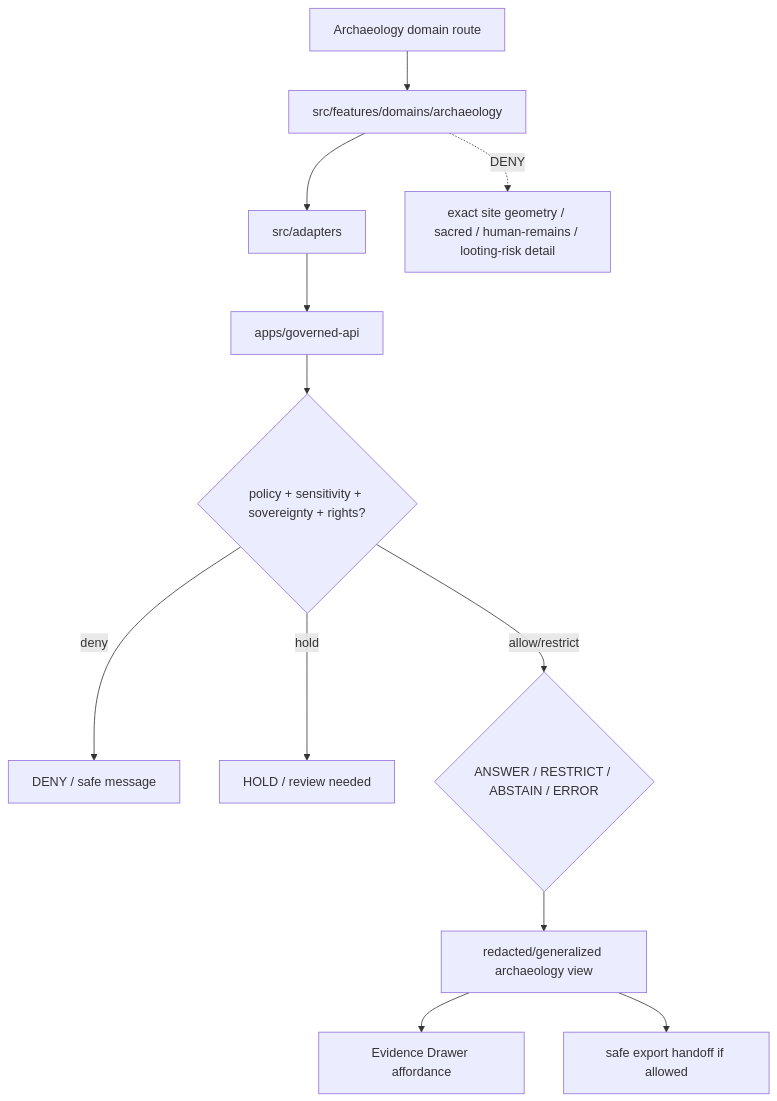
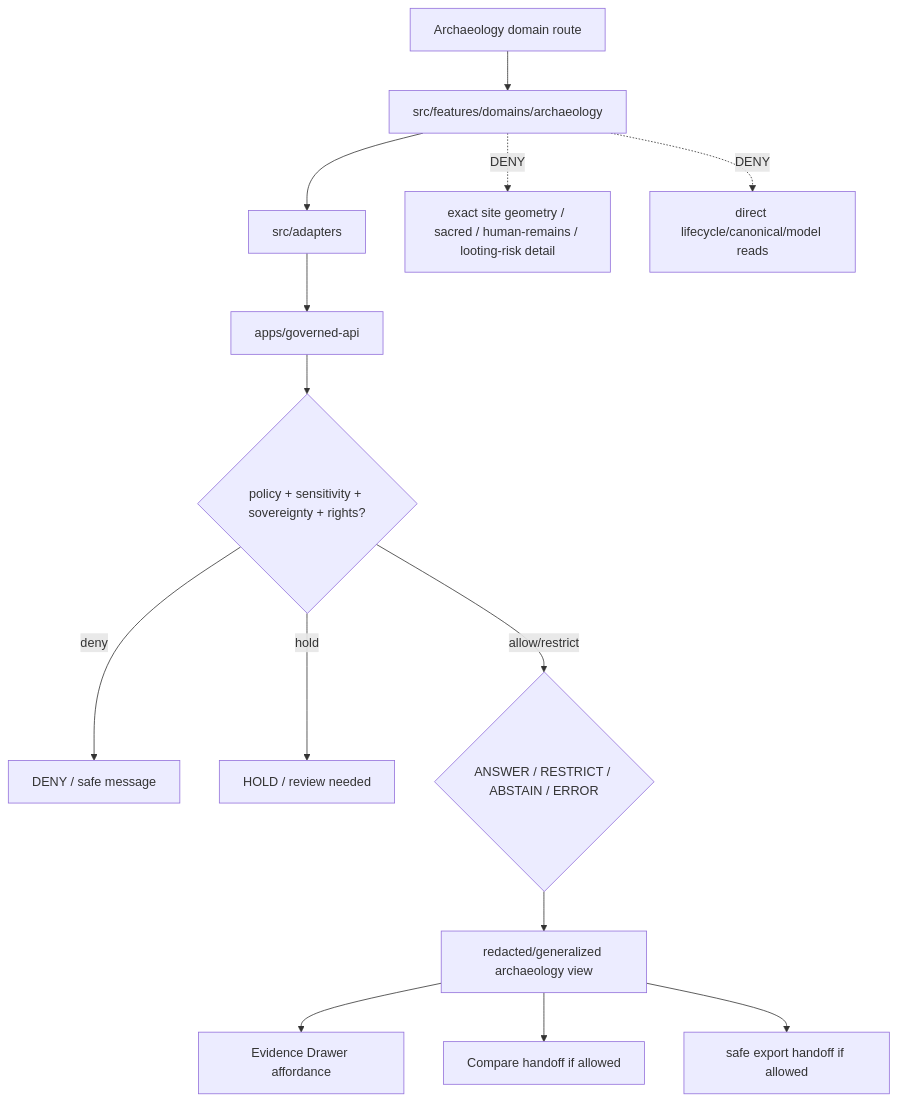
Before and after one commit to bartytime4life/Kansas-Frontier-Matrix: the diagram in apps/explorer-web/src/features/domains/archaeology/README.md, drawn with Mermaid. The commit also changed other lines of this file, not shown here.

Commit message:
docs: update explorer web archaeology feature README

````diff
--- a/apps/explorer-web/src/features/domains/archaeology/README.md
+++ b/apps/explorer-web/src/features/domains/archaeology/README.md
@@ -213,14 +286,16 @@
 ```mermaid
 flowchart TD
     route["Archaeology domain route"] --> feature["src/features/domains/archaeology"]
     feature --> adapters["src/adapters"]
     adapters --> api["apps/governed-api"]
     api --> policy{"policy + sensitivity + sovereignty + rights?"}
     policy -->|deny| deny["DENY / safe message"]
     policy -->|hold| hold["HOLD / review needed"]
     policy -->|allow/restrict| envelope{"ANSWER / RESTRICT / ABSTAIN / ERROR"}
     envelope --> view["redacted/generalized archaeology view"]
     view --> evidence["Evidence Drawer affordance"]
+    view --> compare["Compare handoff if allowed"]
     view --> export["safe export handoff if allowed"]
     feature -. DENY .-> exact["exact site geometry / sacred / human-remains / looting-risk detail"]
+    feature -. DENY .-> data["direct lifecycle/canonical/model reads"]
 ```
````
